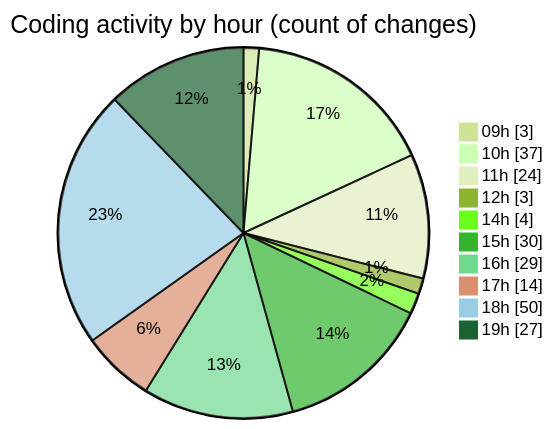
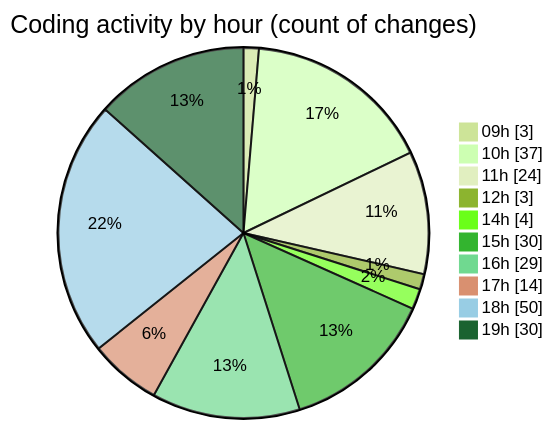
Before and after one commit to CELIANVF/code-tracking: the second of 2 diagrams in 2025-05-02/ecodeli/README.md, drawn with Mermaid (forest theme). The commit also changed other lines of this file and 1 other file, not shown here.

````diff
--- a/2025-05-02/ecodeli/README.md
+++ b/2025-05-02/ecodeli/README.md
@@ -103,14 +103,14 @@
 ```mermaid
 pie showData
 title Coding activity by hour (count of changes)
 "09h" : 3
 "10h" : 37
 "11h" : 24
 "12h" : 3
 "14h" : 4
 "15h" : 30
 "16h" : 29
 "17h" : 14
 "18h" : 50
-"19h" : 27
+"19h" : 30
 ```
````
